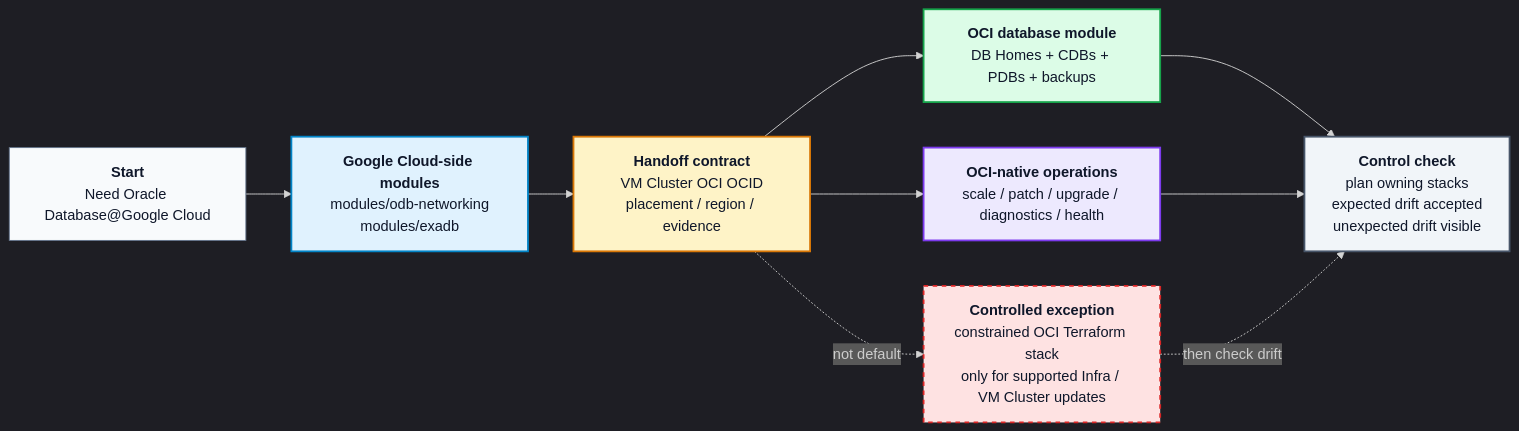
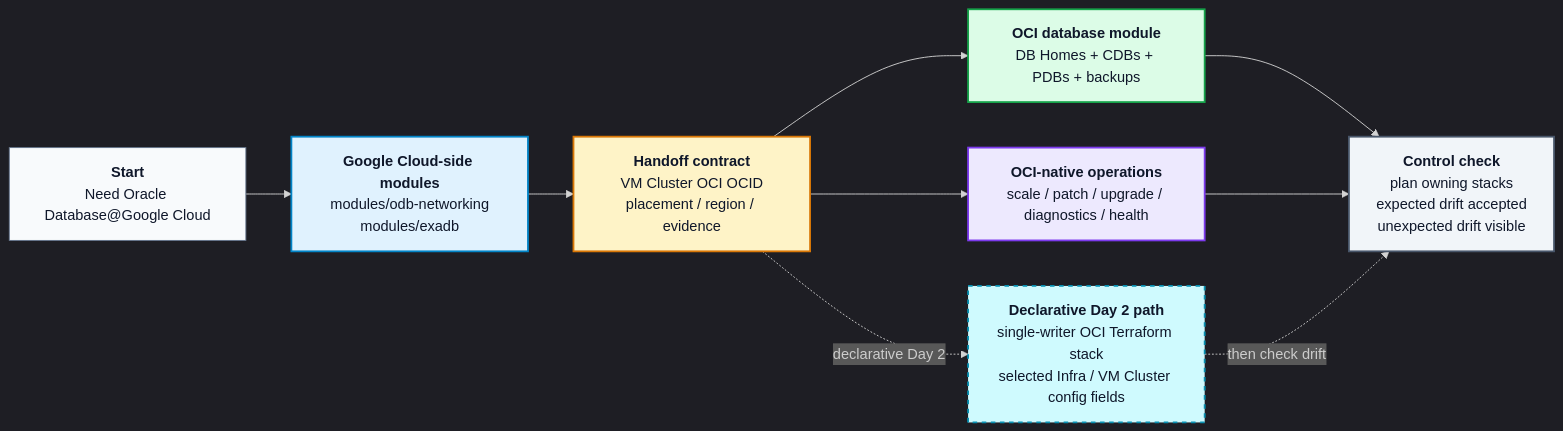
One commit to oracle-devrel/technology-engineering changed the diagram in operations-advisory/customer-operations/oracle-database/oracle-database-at-google-cloud-operations/oracle-database-at-google-operations-best-practices/README.md. Above: the diagram before and after it, drawn with Mermaid. The commit also changed other lines of this file and 1 other file, not shown here.

````diff
--- a/operations-advisory/customer-operations/oracle-database/oracle-database-at-google-cloud-operations/oracle-database-at-google-operations-best-practices/README.md
+++ b/operations-advisory/customer-operations/oracle-database/oracle-database-at-google-cloud-operations/oracle-database-at-google-operations-best-practices/README.md
@@ -50,35 +48,35 @@
 ```mermaid
 %%{init: {"look": "classic", "theme": "dark", "fontFamily": "Oracle Sans Tab, Oracle Sans, Arial, sans-serif", "themeVariables": {"fontFamily": "Oracle Sans Tab, Oracle Sans, Arial, sans-serif"}}}%%
 flowchart LR
   START["<b>Start</b><br/>Need Oracle Database@Google Cloud"]
   GCP["<b>Google Cloud-side modules</b><br/>modules/odb-networking<br/>modules/exadb"]
   HANDOFF["<b>Handoff contract</b><br/>VM Cluster OCI OCID<br/>placement / region / evidence"]
   DBLAYER["<b>OCI database module</b><br/>DB Homes + CDBs + PDBs + backups"]
   OPERATE["<b>OCI-native operations</b><br/>scale / patch / upgrade / diagnostics / health"]
   CHECK["<b>Control check</b><br/>plan owning stacks<br/>expected drift accepted<br/>unexpected drift visible"]
-  EXCEPTION["<b>Controlled exception</b><br/>constrained OCI Terraform stack<br/>only for supported Infra / VM Cluster updates"]
+  DECLDAY2["<b>Declarative Day 2 path</b><br/>single-writer OCI Terraform stack<br/>selected Infra / VM Cluster config fields"]
 
   START --> GCP --> HANDOFF
   HANDOFF --> DBLAYER
   HANDOFF --> OPERATE
   DBLAYER --> CHECK
   OPERATE --> CHECK
-  HANDOFF -. "not default" .-> EXCEPTION
-  EXCEPTION -. "then check drift" .-> CHECK
+  HANDOFF -. "declarative Day 2" .-> DECLDAY2
+  DECLDAY2 -. "then check drift" .-> CHECK
 
   classDef start fill:#f8fafc,stroke:#64748b,color:#0f172a,stroke-width:1px
   classDef google fill:#e0f2fe,stroke:#0284c7,color:#0f172a,stroke-width:2px
   classDef handoff fill:#fef3c7,stroke:#d97706,color:#0f172a,stroke-width:2px
   classDef ociDb fill:#dcfce7,stroke:#16a34a,color:#0f172a,stroke-width:2px
   classDef ociOps fill:#ede9fe,stroke:#7c3aed,color:#0f172a,stroke-width:2px
   classDef check fill:#f1f5f9,stroke:#475569,color:#0f172a,stroke-width:2px
-  classDef exception fill:#fee2e2,stroke:#dc2626,color:#0f172a,stroke-width:2px,stroke-dasharray: 5 5
+  classDef declDay2 fill:#cffafe,stroke:#0891b2,color:#0f172a,stroke-width:2px,stroke-dasharray: 5 5
 
   class START start
   class GCP google
   class HANDOFF handoff
   class DBLAYER ociDb
   class OPERATE ociOps
   class CHECK check
-  class EXCEPTION exception
+  class DECLDAY2 declDay2
 ```
````
